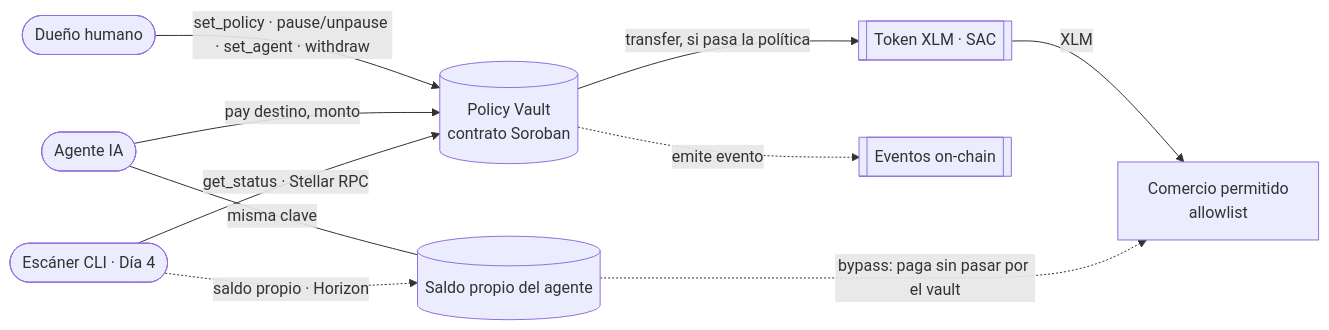
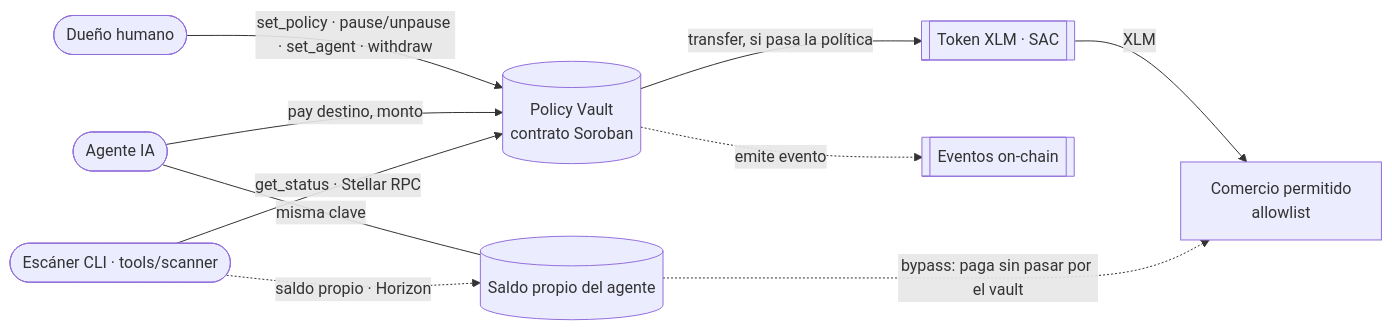
One commit to JoseEscajadillo/CrimsonSentry changed the first of 2 diagrams in docs/ARQUITECTURA.md. Above: the diagram before and after it, drawn with Mermaid. The commit also changed other lines of this file and 20 other files, not shown here.

````diff
--- a/docs/ARQUITECTURA.md
+++ b/docs/ARQUITECTURA.md
@@ -7,12 +7,12 @@
 ```mermaid
 flowchart LR
     Owner([Dueño humano]) -->|set_policy · pause/unpause · set_agent · withdraw| Vault[(Policy Vault<br/>contrato Soroban)]
     Agent([Agente IA]) -->|pay destino, monto| Vault
     Vault -->|transfer, si pasa la política| Token[[Token XLM · SAC]]
     Token -->|XLM| Dest[Comercio permitido<br/>allowlist]
     Vault -.->|emite evento| Events[[Eventos on-chain]]
-    Scanner([Escáner CLI · Día 4]) -->|get_status · Stellar RPC| Vault
+    Scanner([Escáner CLI · tools/scanner]) -->|get_status · Stellar RPC| Vault
     Agent ---|misma clave| Own[(Saldo propio del agente)]
     Own -.->|bypass: paga sin pasar por el vault| Dest
     Scanner -.->|saldo propio · Horizon| Own
 ```
````
